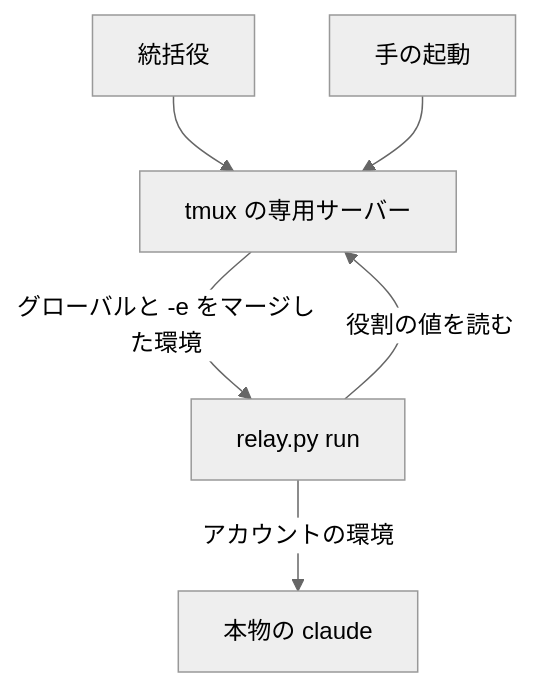
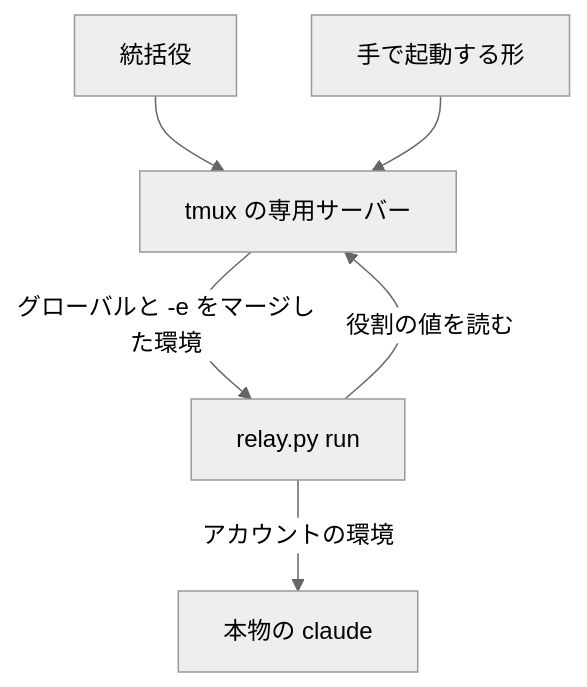
The first of 4 diagrams in issues/issue-2656-design.md (devbasex/ai-plugins), drawn with Mermaid (neutral theme) before and after one commit. The commit also changed other lines of this file, not shown here.

````diff
--- a/issues/issue-2656-design.md
+++ b/issues/issue-2656-design.md
@@ -141,8 +104,8 @@
 ```mermaid
 graph TD
     統括役 --> tmux[tmux の専用サーバー]
-    手の起動 --> tmux
+    手[手で起動する形] --> tmux
     tmux -->|グローバルと -e をマージした環境| 本体[relay.py run]
     本体 -->|役割の値を読む| tmux
     本体 -->|アカウントの環境| claude[本物の claude]
 ```
````
